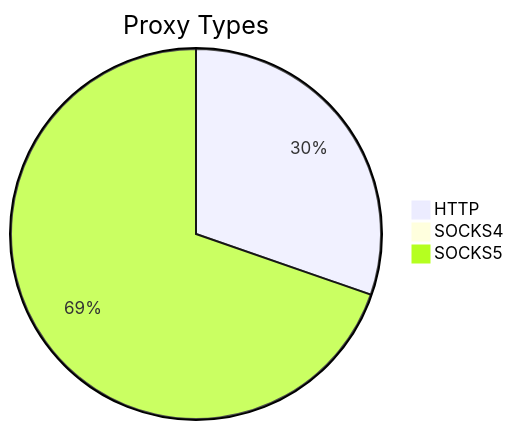
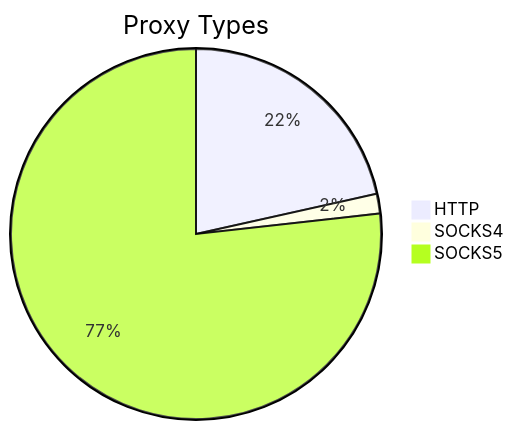
Before and after one commit to stormsia/proxy-list: the first of 2 diagrams in README.md, drawn with Mermaid. The commit also changed other lines of this file, not shown here.

````diff
--- a/README.md
+++ b/README.md
@@ -21,6 +21,6 @@
 ```mermaid
 pie title Proxy Types
-    "HTTP" : 962
-    "SOCKS4" : 26
-    "SOCKS5" : 2211
+    "HTTP" : 626
+    "SOCKS4" : 50
+    "SOCKS5" : 2234
 ```
````
